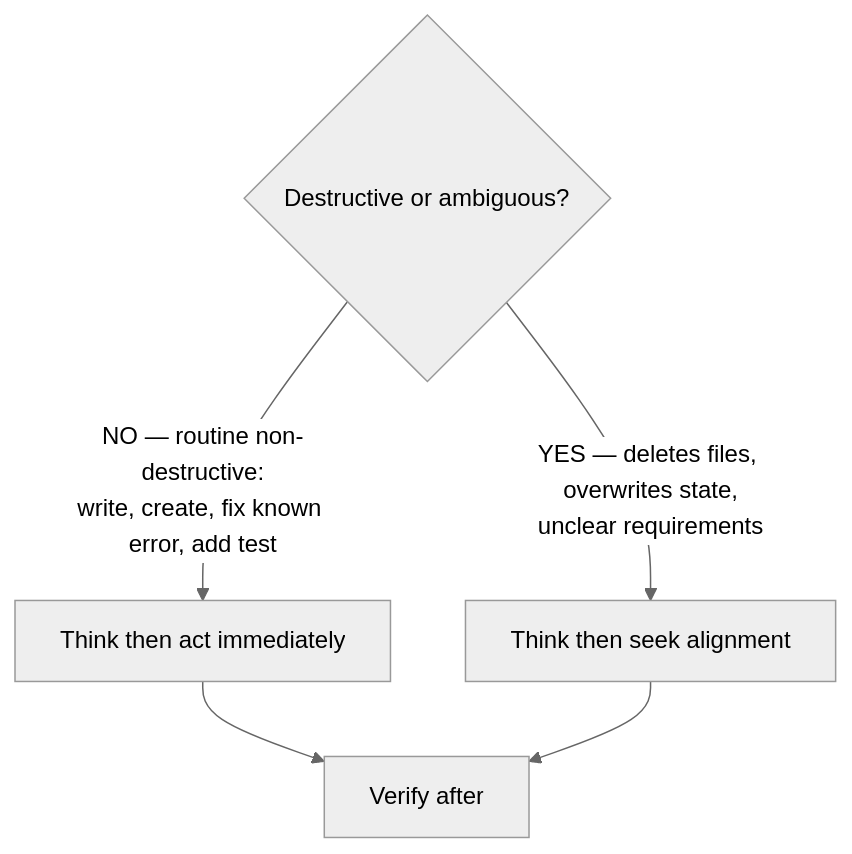
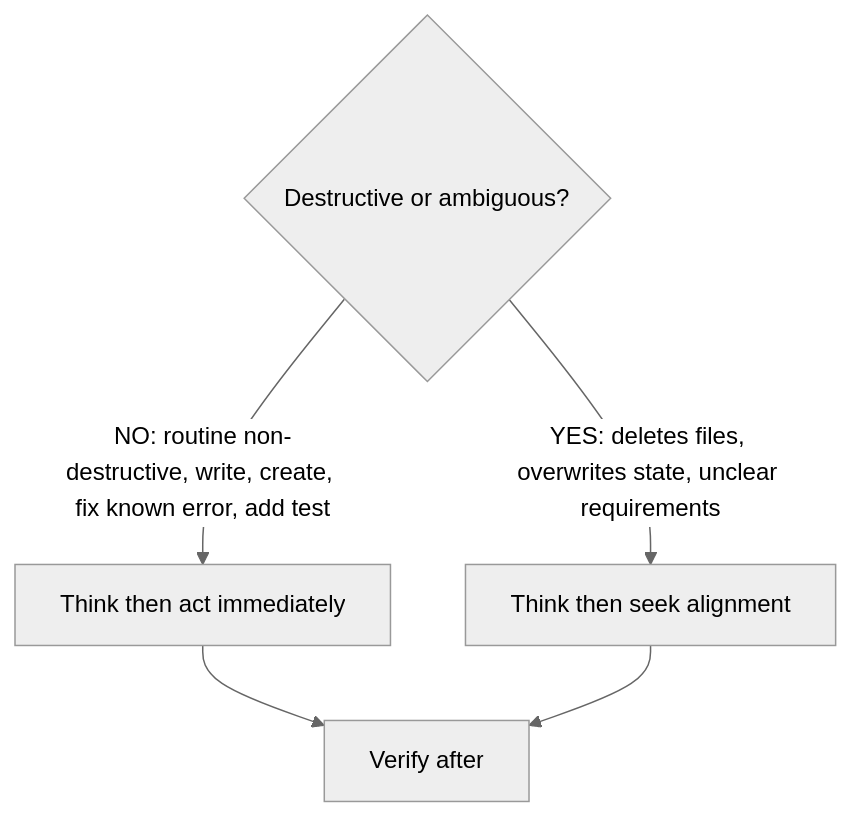
The first of 5 diagrams in .claude/CLAUDE.md (chgreer1070/claude_skills), drawn with Mermaid (neutral theme) before and after one commit. The commit also changed other lines of this file and 249 other files, not shown here.

````diff
--- a/.claude/CLAUDE.md
+++ b/.claude/CLAUDE.md
@@ -63,8 +64,8 @@
 ```mermaid
 flowchart TD
     Q{Destructive or ambiguous?}
-    Q -->|"YES — deletes files, overwrites state,<br>unclear requirements"| Align[Think then seek alignment]
-    Q -->|"NO — routine non-destructive:<br>write, create, fix known error, add test"| Act[Think then act immediately]
+    Q -->|"YES: deletes files, overwrites state, unclear requirements"| Align[Think then seek alignment]
+    Q -->|"NO: routine non-destructive, write, create, fix known error, add test"| Act[Think then act immediately]
     Act --> Verify[Verify after]
     Align --> Verify
 ```
````
